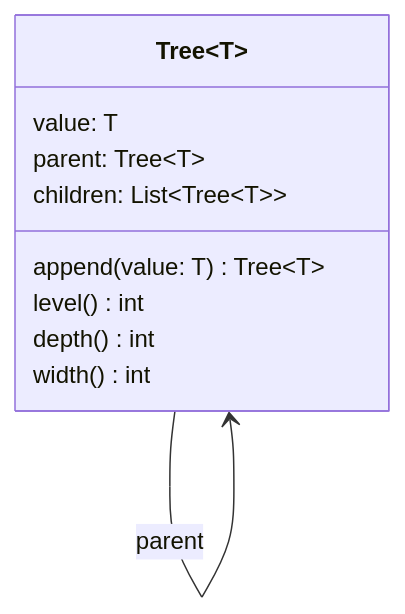
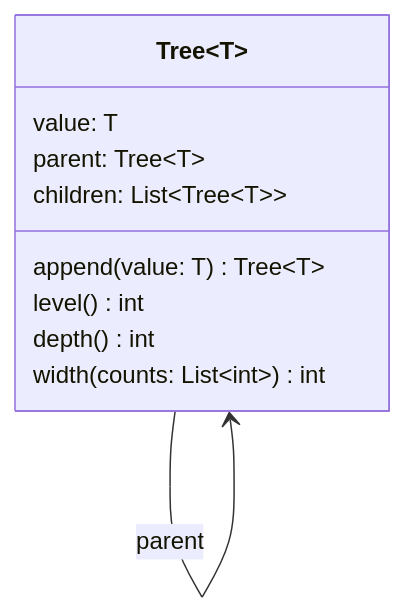
One commit to ghackenberg/kurs-datenanalyse changed the diagram in Kapitel/01_Datenstrukturen_und_Algorithmen/Diagramme/Baum.mmd. Above: the diagram before and after it, drawn with Mermaid. The commit also changed 8 other files, not shown here.

```diff
--- a/Kapitel/01_Datenstrukturen_und_Algorithmen/Diagramme/Baum.mmd
+++ b/Kapitel/01_Datenstrukturen_und_Algorithmen/Diagramme/Baum.mmd
@@ -1,16 +1,16 @@
 classDiagram
 
     class Tree~T~ {
         value: T
 
         parent: Tree~T~
 
         children: List~Tree~T~~
 
         append(value: T) Tree~T~
         level() int
         depth() int
-        width() int
+        width(counts: List~int~) int
     }
 
     Tree --> Tree: parent
```
